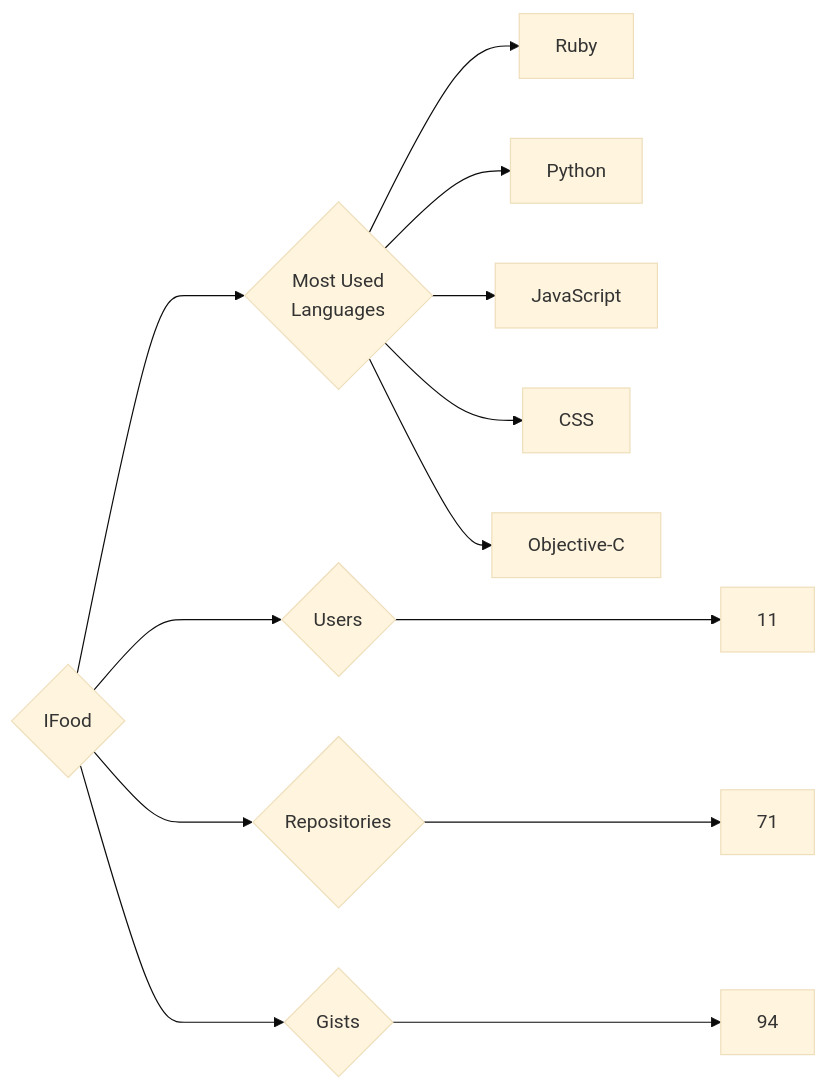
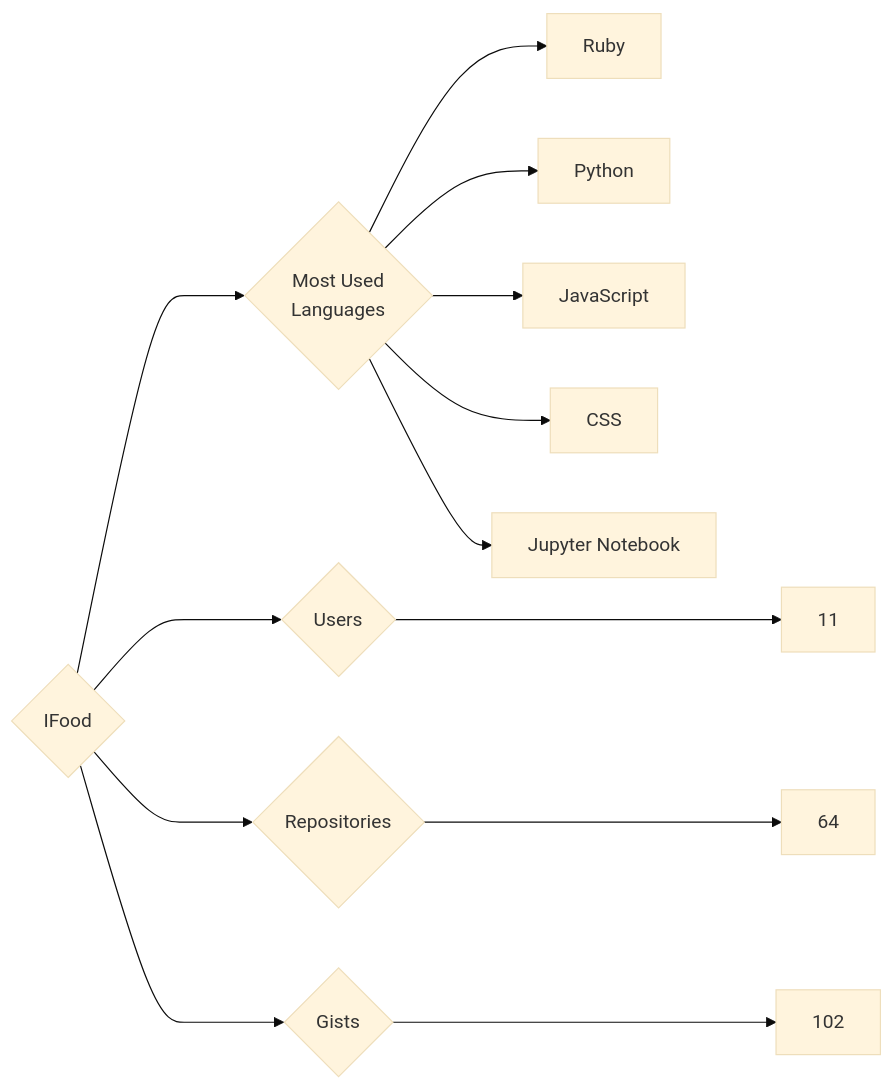
One commit to trickest/insiders changed the diagram in targets/IFood/README.md. Above: the diagram before and after it, drawn with Mermaid (base theme). The commit also changed 934 other files, not shown here.

````diff
--- a/targets/IFood/README.md
+++ b/targets/IFood/README.md
@@ -3,13 +3,13 @@
 ```mermaid
 graph LR
 COMPANY_NAME{IFood}
 COMPANY_NAME ---> U{Users} ---> UN[11]
-COMPANY_NAME ---> R{Repositories} ---> RN[71]
-COMPANY_NAME ---> G{Gists} ---> GN[94]
+COMPANY_NAME ---> R{Repositories} ---> RN[64]
+COMPANY_NAME ---> G{Gists} ---> GN[102]
 COMPANY_NAME ---> ML{Most Used<br>Languages}
 ML --> Ruby[Ruby]
 ML --> Python[Python]
 ML --> JavaScript[JavaScript]
 ML --> CSS[CSS]
-ML --> Objective-C[Objective-C]
+ML --> Jupyter_Notebook[Jupyter Notebook]
 ```
````
